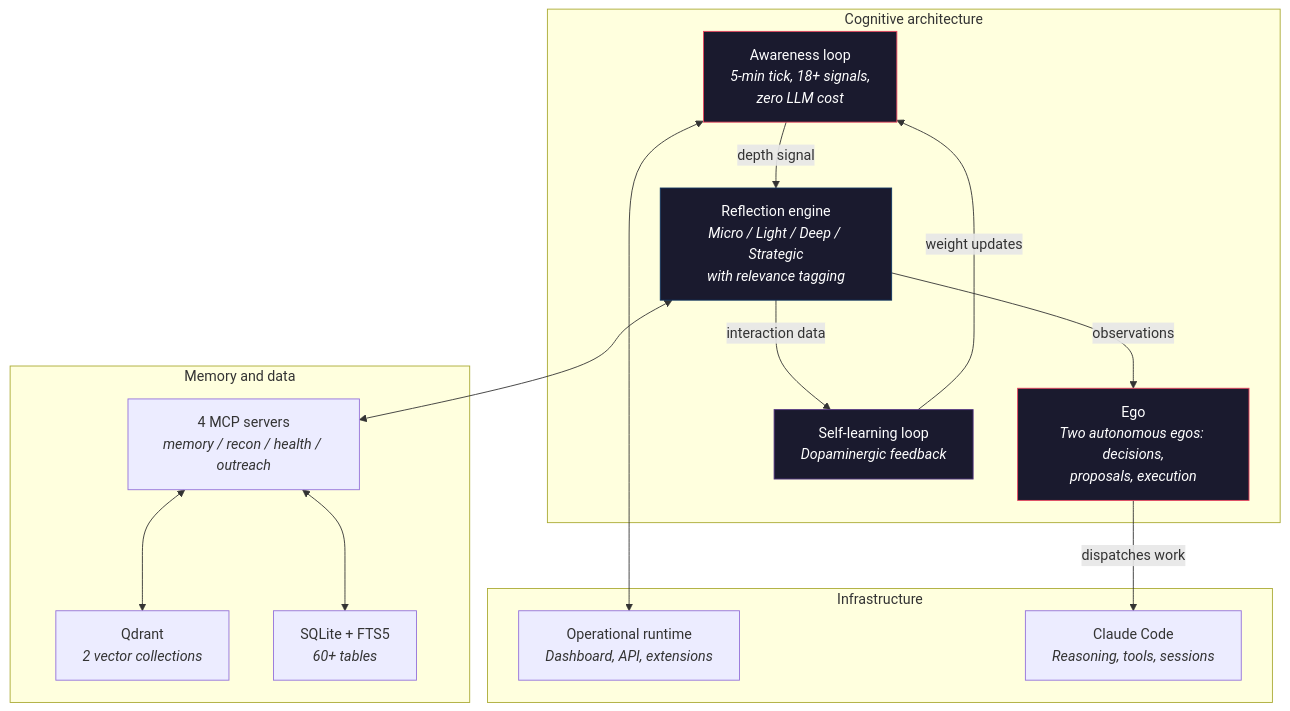
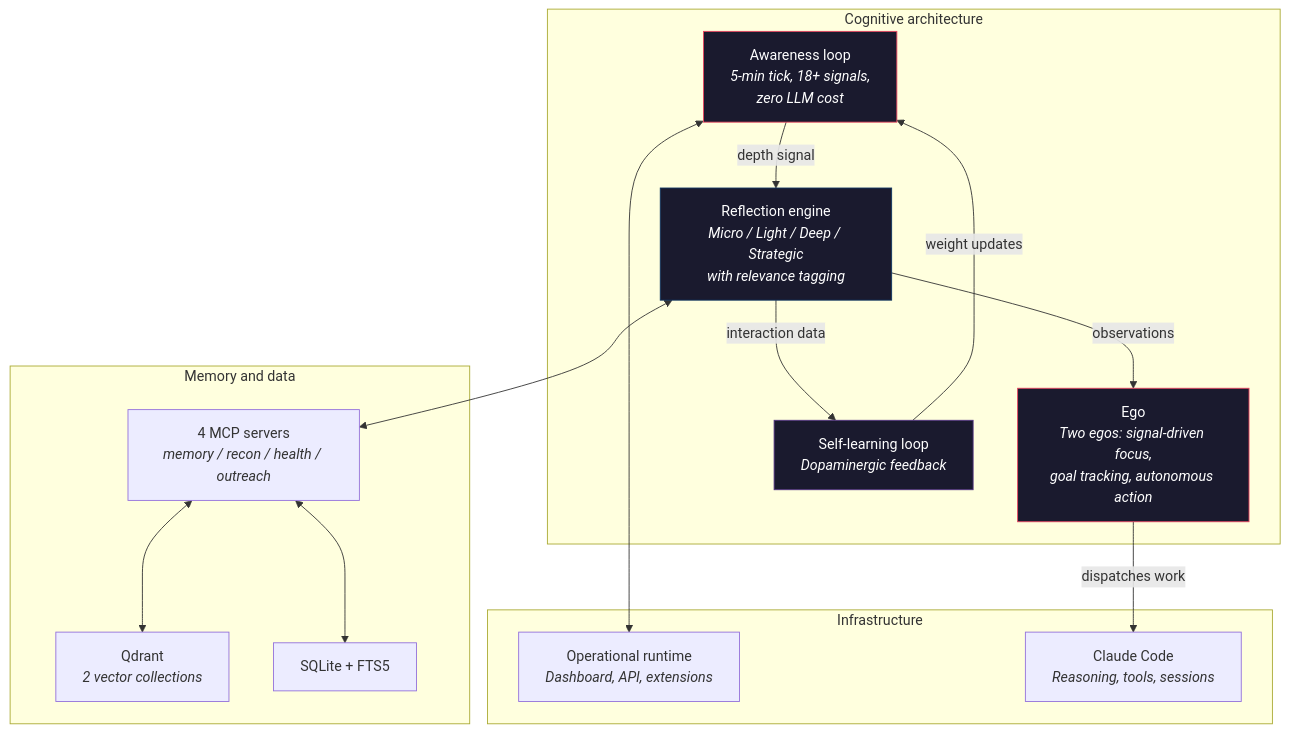
One commit to WingedGuardian/GENesis-AGI changed the first of 2 diagrams in README.md. Above: the diagram before and after it, drawn with Mermaid. The commit also changed other lines of this file, not shown here.

First line of the commit message:
docs(readme): update ego coverage, V4 roadmap, and stale numbers (#507)

````diff
--- a/README.md
+++ b/README.md
@@ -199,36 +199,36 @@
 ```mermaid
 graph TB
     subgraph "Cognitive architecture"
-        EGO["Ego<br/><i>Two autonomous egos: decisions,<br/>proposals, execution</i>"]
+        EGO["Ego<br/><i>Two egos: signal-driven focus,<br/>goal tracking, autonomous action</i>"]
         AL["Awareness loop<br/><i>5-min tick, 18+ signals,<br/>zero LLM cost</i>"]
         RE["Reflection engine<br/><i>Micro / Light / Deep / Strategic<br/>with relevance tagging</i>"]
         SL["Self-learning loop<br/><i>Dopaminergic feedback</i>"]
     end
 
     subgraph "Infrastructure"
         RT["Operational runtime<br/><i>Dashboard, API, extensions</i>"]
         CC["Claude Code<br/><i>Reasoning, tools, sessions</i>"]
     end
 
     subgraph "Memory and data"
         QD["Qdrant<br/><i>2 vector collections</i>"]
-        SQ["SQLite + FTS5<br/><i>60+ tables</i>"]
+        SQ["SQLite + FTS5"]
         MCP["4 MCP servers<br/><i>memory / recon / health / outreach</i>"]
     end
 
     EGO -->|"dispatches work"| CC
     AL -->|"depth signal"| RE
     RE -->|"observations"| EGO
     RE -->|"interaction data"| SL
     SL -->|"weight updates"| AL
 
     AL <--> RT
     RE <--> MCP
     MCP <--> QD
     MCP <--> SQ
 
     style EGO fill:#1a1a2e,stroke:#e94560,color:#fff
     style AL fill:#1a1a2e,stroke:#e94560,color:#fff
     style RE fill:#1a1a2e,stroke:#0f3460,color:#fff
     style SL fill:#1a1a2e,stroke:#533483,color:#fff
 ```
````
